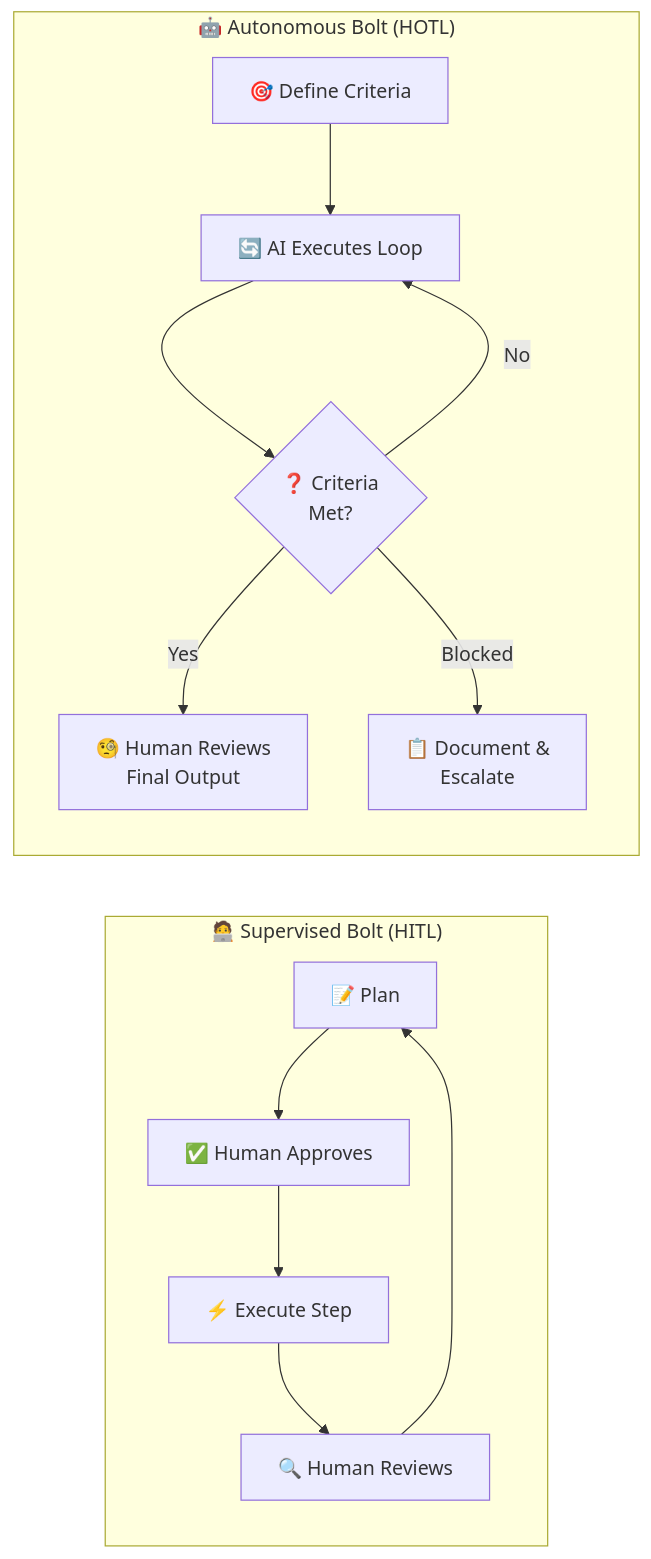
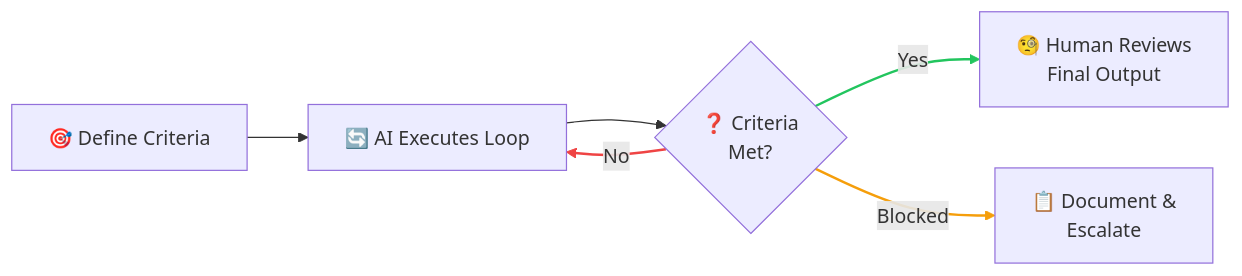
The seventh of 11 diagrams in website/content/papers/ai-dlc-2026.md (TheBushidoCollective/han), drawn with Mermaid before and after one commit. The commit also changed other lines of this file, not shown here.

Commit message:
feat(website): improve Bolt modes diagram layout with clear labels
- Separate Supervised and Autonomous Bolt modes into distinct sections
- Add clear section headers (#### level) for each mode
- Position explanatory text before each diagram for better context
- Stack diagrams vertically for easier comparison
- Add colored paths to Autonomous Bolt (red/green/orange for No/Yes/Blocked)

This layout makes it much clearer when to use each mode and how they differ.

````diff
--- a/website/content/papers/ai-dlc-2026.md
+++ b/website/content/papers/ai-dlc-2026.md
@@ -478,17 +494,12 @@
 ```mermaid
 flowchart LR
-    subgraph Supervised["🧑‍💻 Supervised Bolt (HITL)"]
-        S1["📝 Plan"] --> S2["✅ Human Approves"]
-        S2 --> S3["⚡ Execute Step"]
-        S3 --> S4["🔍 Human Reviews"]
-        S4 --> S1
-    end
+    A1["🎯 Define Criteria"] --> A2["🔄 AI Executes Loop"]
+    A2 --> A3{"❓ Criteria<br/>Met?"}
+    A3 -->|"No"| A2
+    A3 -->|"Yes"| A4["🧐 Human Reviews<br/>Final Output"]
+    A3 -->|"Blocked"| A5["📋 Document &<br/>Escalate"]
 
-    subgraph Autonomous["🤖 Autonomous Bolt (HOTL)"]
-        A1["🎯 Define Criteria"] --> A2["🔄 AI Executes Loop"]
-        A2 --> A3{"❓ Criteria<br/>Met?"}
-        A3 -->|"No"| A2
-        A3 -->|"Yes"| A4["🧐 Human Reviews<br/>Final Output"]
-        A3 -->|"Blocked"| A5["📋 Document &<br/>Escalate"]
-    end
+    linkStyle 2 stroke:#ef4444,stroke-width:2px
+    linkStyle 3 stroke:#22c55e,stroke-width:2px
+    linkStyle 4 stroke:#f59e0b,stroke-width:2px
 ```
````
